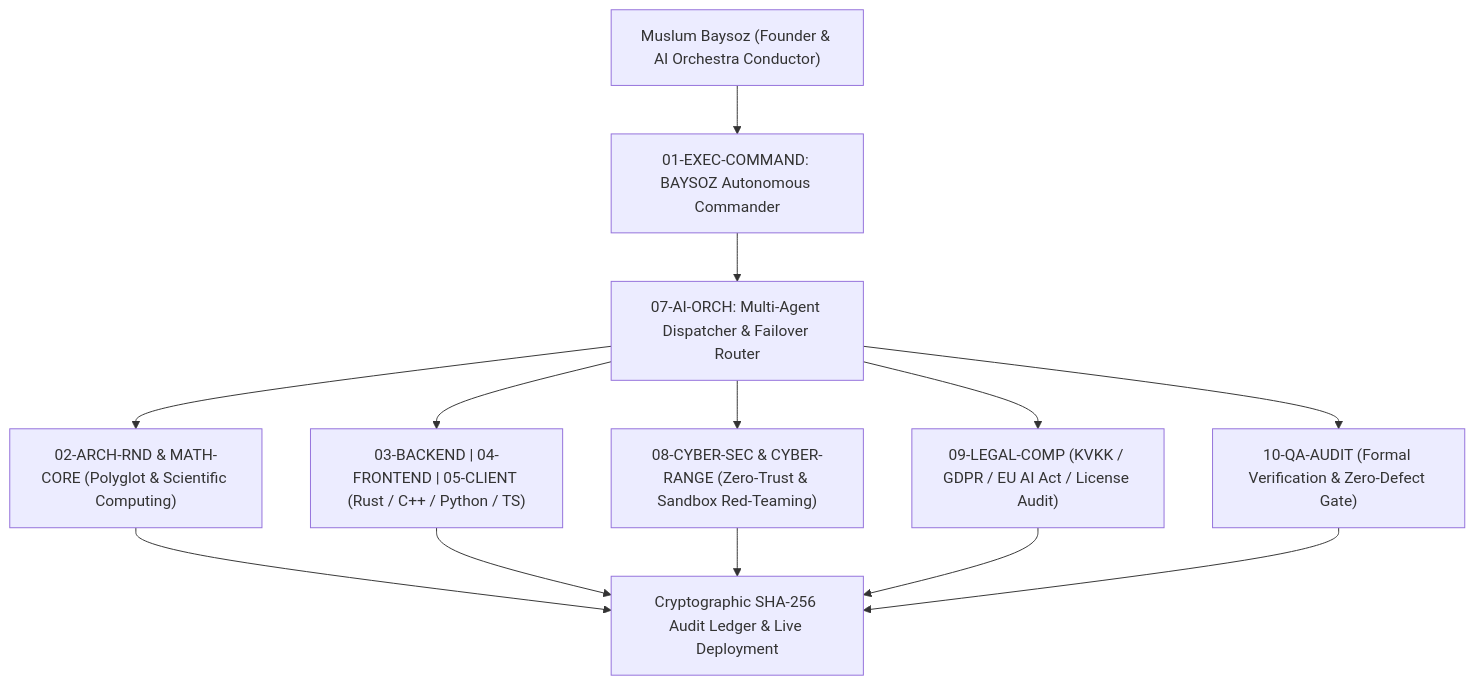
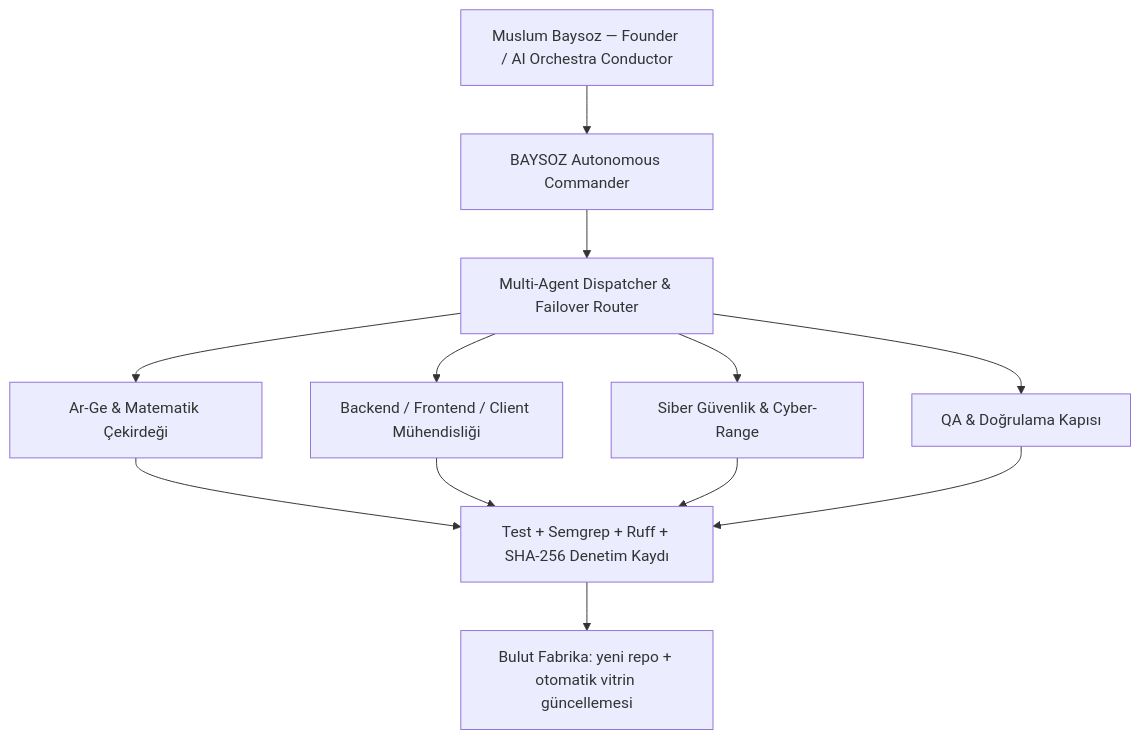
One commit to yazilimbaysoz-svg/yazilimbaysoz-svg changed the diagram in README.md. Above: the diagram before and after it, drawn with Mermaid. The commit also changed other lines of this file and 1 other file, not shown here.

Commit message:
feat(profile): professional vitrin and scheduled bulut fabrika workflow

````diff
--- a/README.md
+++ b/README.md
@@ -29,13 +36,11 @@
 ```mermaid
 flowchart TD
-    Founder["Muslum Baysoz (Founder & AI Orchestra Conductor)"] --> Commander["01-EXEC-COMMAND: BAYSOZ Autonomous Commander"]
-    Commander --> Orchestrator["07-AI-ORCH: Multi-Agent Dispatcher & Failover Router"]
-    
-    Orchestrator --> Arch["02-ARCH-RND & MATH-CORE (Polyglot & Scientific Computing)"]
-    Orchestrator --> Eng["03-BACKEND | 04-FRONTEND | 05-CLIENT (Rust / C++ / Python / TS)"]
-    Orchestrator --> Sec["08-CYBER-SEC & CYBER-RANGE (Zero-Trust & Sandbox Red-Teaming)"]
-    Orchestrator --> Legal["09-LEGAL-COMP (KVKK / GDPR / EU AI Act / License Audit)"]
-    Orchestrator --> QA["10-QA-AUDIT (Formal Verification & Zero-Defect Gate)"]
-    
-    Arch & Eng & Sec & Legal & QA --> Receipt["Cryptographic SHA-256 Audit Ledger & Live Deployment"]
+    F["Muslum Baysoz — Founder / AI Orchestra Conductor"] --> C["BAYSOZ Autonomous Commander"]
+    C --> O["Multi-Agent Dispatcher & Failover Router"]
+    O --> A["Ar-Ge & Matematik Çekirdeği"]
+    O --> E["Backend / Frontend / Client Mühendisliği"]
+    O --> S["Siber Güvenlik & Cyber-Range"]
+    O --> Q["QA & Doğrulama Kapısı"]
+    A & E & S & Q --> R["Test + Semgrep + Ruff + SHA-256 Denetim Kaydı"]
+    R --> W["Bulut Fabrika: yeni repo + otomatik vitrin güncellemesi"]
 ```
````
